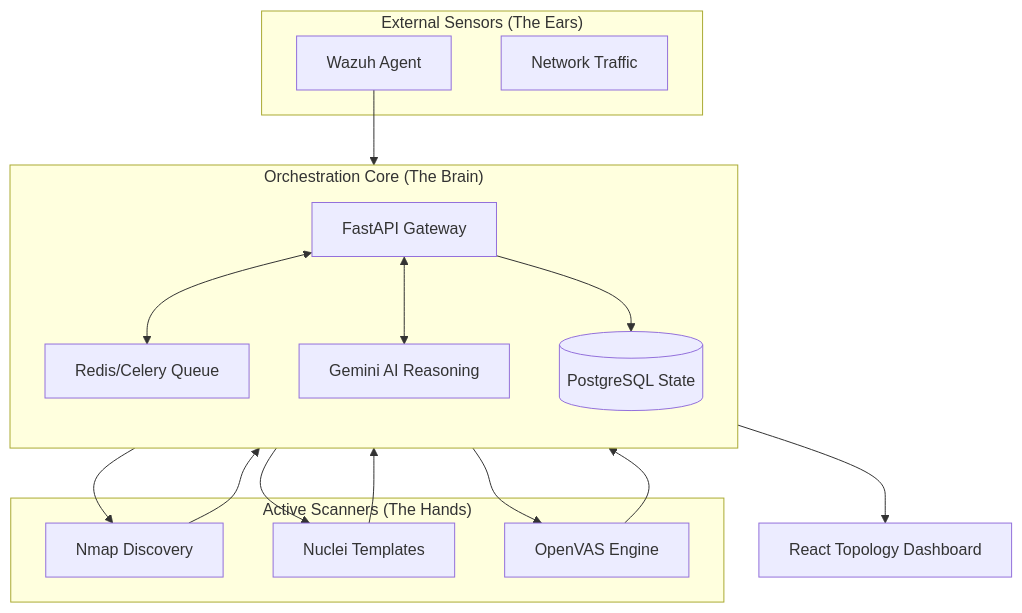
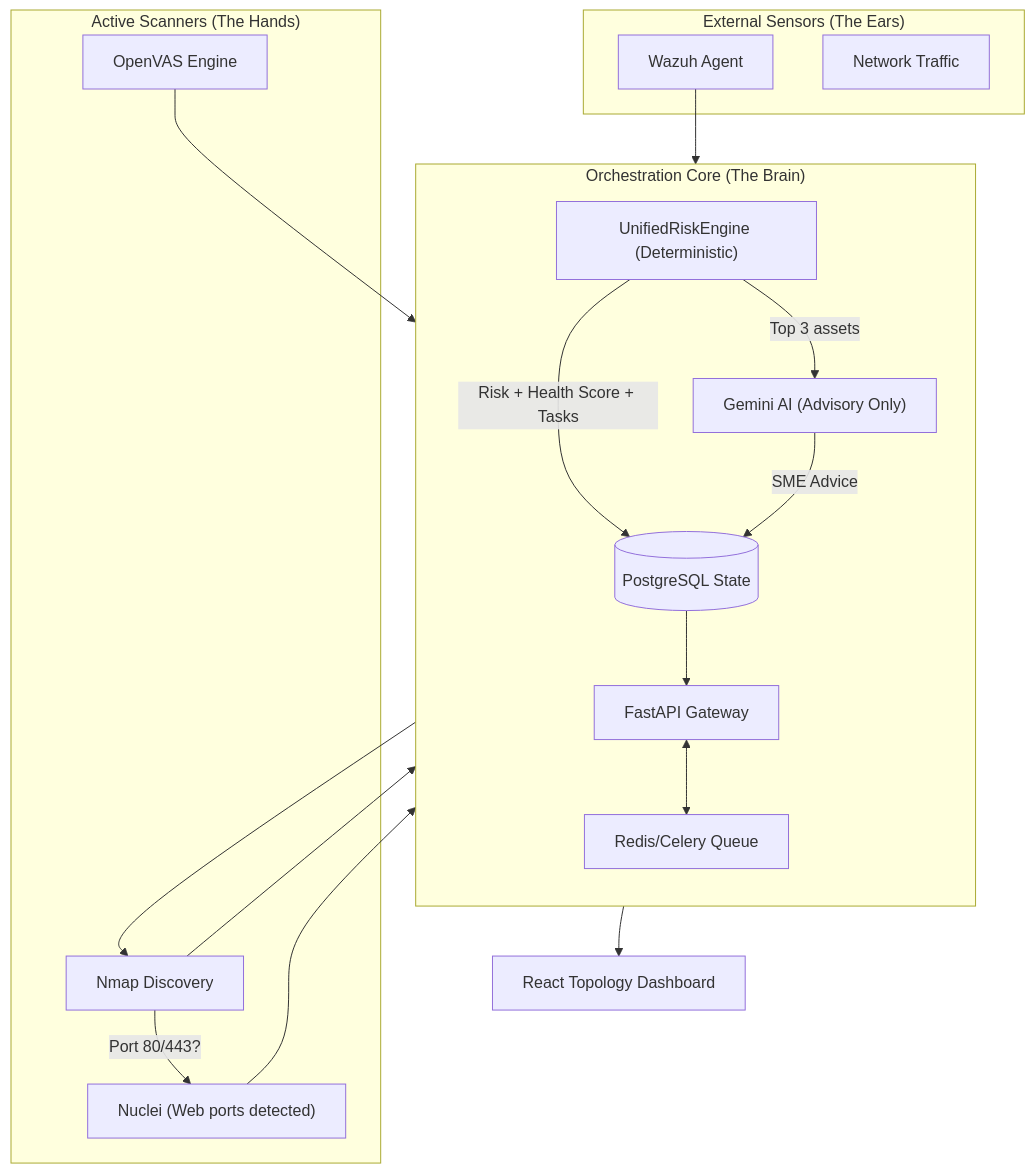
The second of 5 diagrams in FOUND_404_PRESENTATION.md (MazenAlaa305/ORCHESTRATION-SECURITY-CENTER), drawn with Mermaid before and after one commit. The commit also changed other lines of this file and 10 other files, not shown here.

First line of the commit message:
feat: deterministic orchestration + UnifiedRiskEngine + AI advisory refactor

````diff
--- a/FOUND_404_PRESENTATION.md
+++ b/FOUND_404_PRESENTATION.md
@@ -51,29 +51,33 @@
 ```mermaid
 flowchart TB
     subgraph "External Sensors (The Ears)"
         Wazuh["Wazuh Agent"]
         Network["Network Traffic"]
     end
 
     subgraph "Orchestration Core (The Brain)"
         direction TB
         Main["FastAPI Gateway"]
         Queue["Redis/Celery Queue"]
-        LLM["Gemini AI Reasoning"]
+        RiskEng["UnifiedRiskEngine (Deterministic)"]
         DB[("PostgreSQL State")]
+        AI["Gemini AI (Advisory Only)"]
     end
 
     subgraph "Active Scanners (The Hands)"
         Nmap["Nmap Discovery"]
-        Nuclei["Nuclei Templates"]
+        Nuclei["Nuclei (Web ports detected)"]
         GVM["OpenVAS Engine"]
     end
 
     Wazuh --> Main
     Main <--> Queue
-    Queue --> Nmap & Nuclei & GVM
-    Nmap & Nuclei & GVM --> Main
-    Main <--> LLM
-    Main --> DB
+    Queue --> Nmap
+    Nmap -->|"Port 80/443?"| Nuclei
+    Nmap & Nuclei & GVM --> RiskEng
+    RiskEng -->|"Risk + Health Score + Tasks"| DB
+    RiskEng -->|"Top 3 assets"| AI
+    AI -->|"SME Advice"| DB
+    DB --> Main
     Main --> UI["React Topology Dashboard"]
 ```
````
